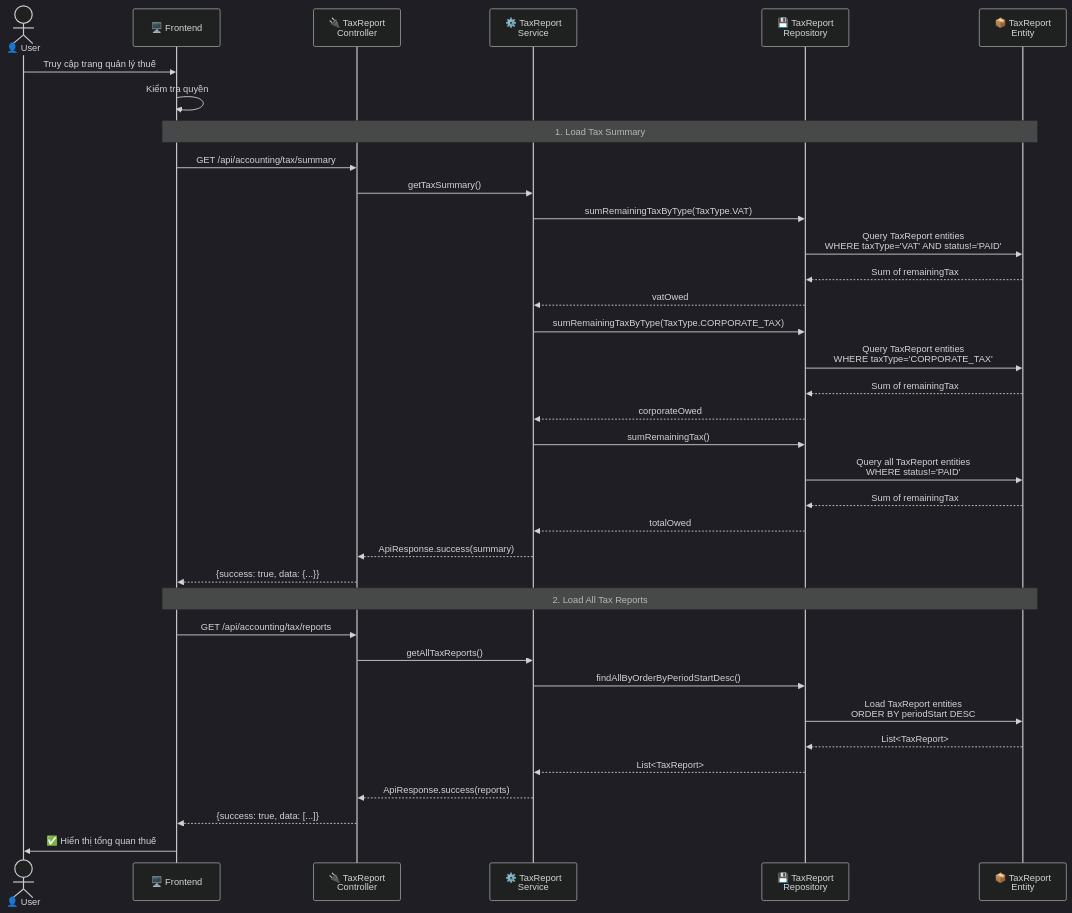
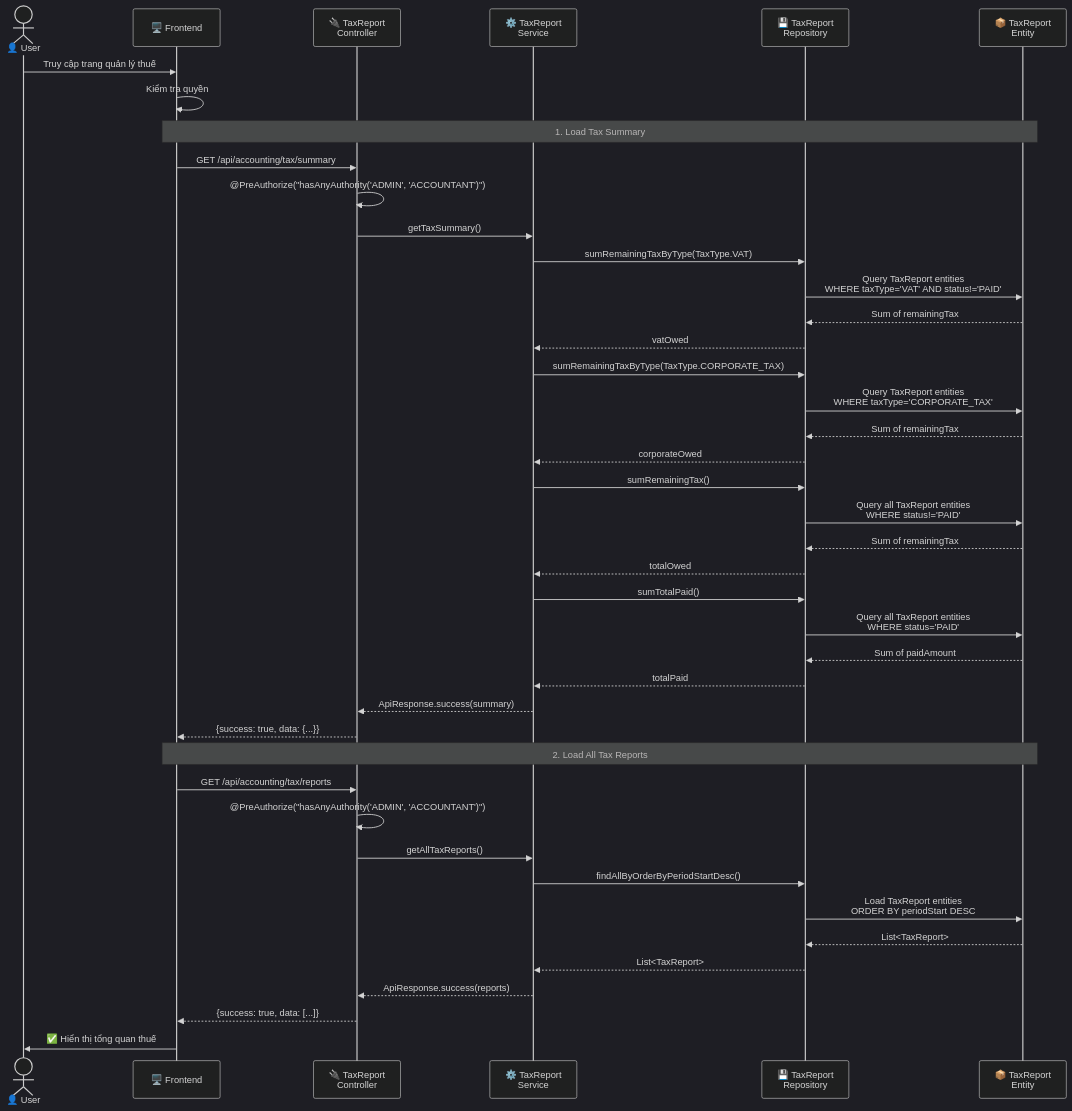
Diagram 11 of 26 in sequence-diagram-accounting-flow.md (Mvuong1523/Do-an-tot-nghiep), drawn with Mermaid (dark theme) before and after one commit. The commit also changed other lines of this file and 9 other files, not shown here.

````diff
--- a/sequence-diagram-accounting-flow.md
+++ b/sequence-diagram-accounting-flow.md
@@ -558,46 +568,53 @@
 ```mermaid
 sequenceDiagram
     actor User as 👤 User
     participant FE as 🖥️ Frontend
     participant Ctrl as 🔌 TaxReport<br/>Controller
     participant Svc as ⚙️ TaxReport<br/>Service
     participant Repo as 💾 TaxReport<br/>Repository
     participant Entity as 📦 TaxReport<br/>Entity
     
     User->>FE: Truy cập trang quản lý thuế
     FE->>FE: Kiểm tra quyền
     
     Note over FE,Entity: 1. Load Tax Summary
     FE->>Ctrl: GET /api/accounting/tax/summary
+    Ctrl->>Ctrl: @PreAuthorize("hasAnyAuthority('ADMIN', 'ACCOUNTANT')")
     Ctrl->>Svc: getTaxSummary()
     
     Svc->>Repo: sumRemainingTaxByType(TaxType.VAT)
     Repo->>Entity: Query TaxReport entities<br/>WHERE taxType='VAT' AND status!='PAID'
     Entity-->>Repo: Sum of remainingTax
     Repo-->>Svc: vatOwed
     
     Svc->>Repo: sumRemainingTaxByType(TaxType.CORPORATE_TAX)
     Repo->>Entity: Query TaxReport entities<br/>WHERE taxType='CORPORATE_TAX'
     Entity-->>Repo: Sum of remainingTax
     Repo-->>Svc: corporateOwed
     
     Svc->>Repo: sumRemainingTax()
     Repo->>Entity: Query all TaxReport entities<br/>WHERE status!='PAID'
     Entity-->>Repo: Sum of remainingTax
     Repo-->>Svc: totalOwed
     
+    Svc->>Repo: sumTotalPaid()
+    Repo->>Entity: Query all TaxReport entities<br/>WHERE status='PAID'
+    Entity-->>Repo: Sum of paidAmount
+    Repo-->>Svc: totalPaid
+    
     Svc-->>Ctrl: ApiResponse.success(summary)
     Ctrl-->>FE: {success: true, data: {...}}
     
     Note over FE,Entity: 2. Load All Tax Reports
     FE->>Ctrl: GET /api/accounting/tax/reports
+    Ctrl->>Ctrl: @PreAuthorize("hasAnyAuthority('ADMIN', 'ACCOUNTANT')")
     Ctrl->>Svc: getAllTaxReports()
     Svc->>Repo: findAllByOrderByPeriodStartDesc()
     Repo->>Entity: Load TaxReport entities<br/>ORDER BY periodStart DESC
     Entity-->>Repo: List<TaxReport>
     Repo-->>Svc: List<TaxReport>
     Svc-->>Ctrl: ApiResponse.success(reports)
     Ctrl-->>FE: {success: true, data: [...]}
     
     FE->>User: ✅ Hiển thị tổng quan thuế
 ```
````
